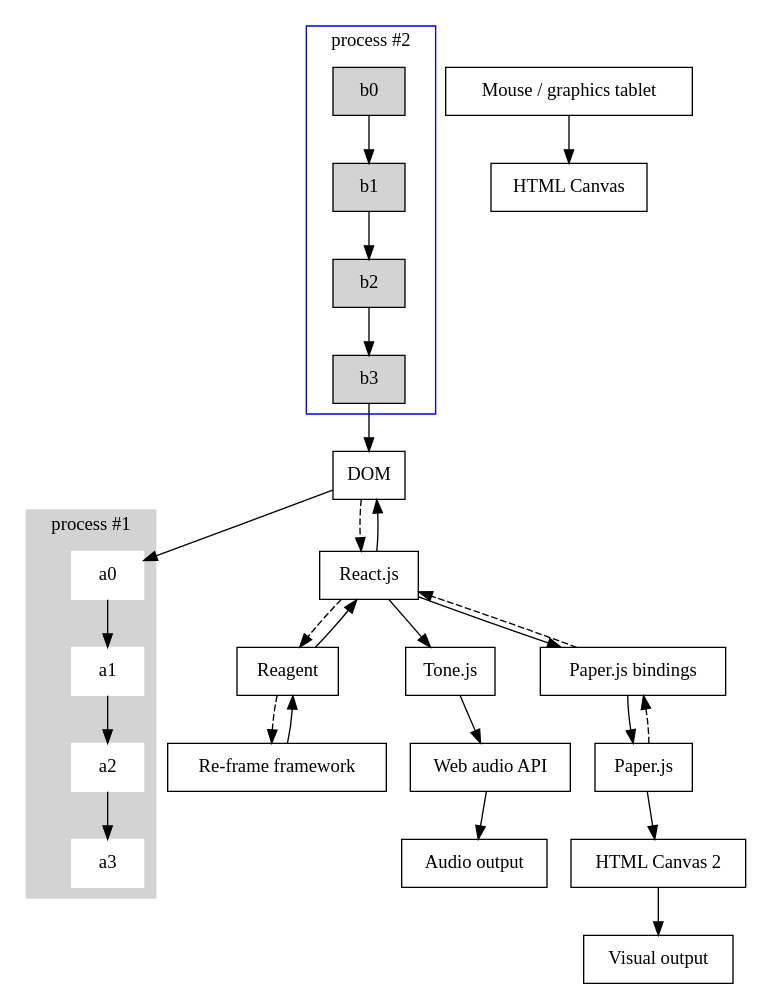
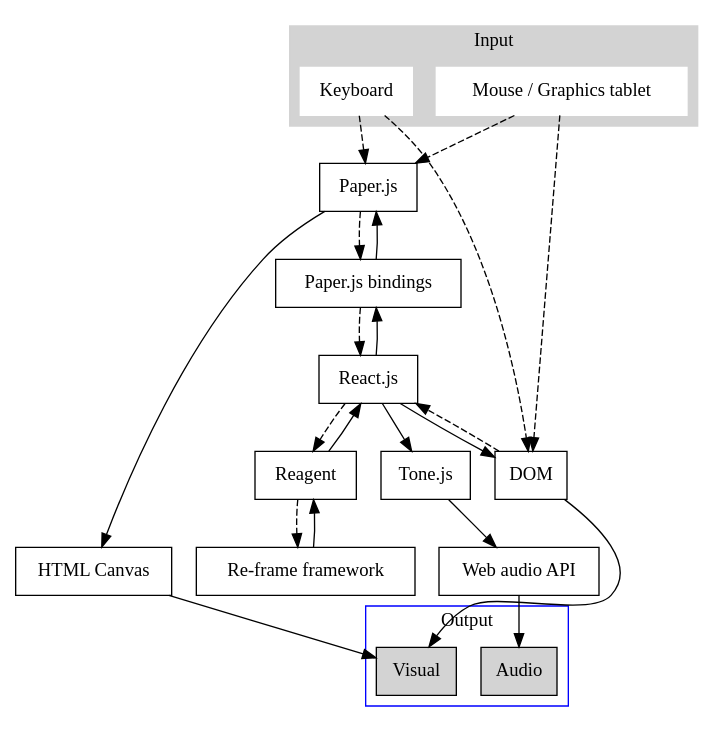
One commit to allforabit/mmt-thesis changed the diagram in manuscript-draft/react-tone-block-diagram.org. Above: the diagram before and after it, drawn with Graphviz. The commit also changed other lines of this file, not shown here.

Commit message:
Add: Further work on diagram (clusters added)

```diff
--- a/manuscript-draft/react-tone-block-diagram.org
+++ b/manuscript-draft/react-tone-block-diagram.org
@@ -3,46 +4,51 @@
 #+BEGIN_SRC dot :file dot_success.png :cmdline -Kdot -Tpng
   digraph {
   // graph from left to right
   rankdir=TB;
   splines=true;
   node [shape=box];
 
   subgraph cluster0 {
     node [style=filled,color=white];
     style=filled;
     color=lightgrey;
-    a0 -> a1 -> a2 -> a3;
-    label = "process #1";
+    mouse [label="Mouse / Graphics tablet"]
+    keyboard [label="Keyboard"]
+    label = "Input";
   }
   subgraph cluster1 {
     node [style=filled];
-    b0 -> b1 -> b2 -> b3;
-    label = "process #2";
+    "Visual"
+    "Audio"
+    label = "Output";
     color=blue
   }
 
   reframe [label="Re-frame framework"]
   reagent [label="Reagent"]
   react [label="React.js"]
   tone [label="Tone.js"]
   webaudio [label="Web audio API"]
   paperjs [label="Paper.js"]
   paperjsbindings [label="Paper.js bindings"]
   dom [label="DOM"]
-  mouse [label="Mouse / graphics tablet"]
 
   reframe -> reagent
   reagent -> reframe [style=dashed]
   reagent -> react
   react -> reagent [style=dashed]
   react -> tone
-  react -> paperjsbindings -> paperjs -> "HTML Canvas 2" -> "Visual output"
+  react -> paperjsbindings -> paperjs -> "HTML Canvas" -> "Visual"
   paperjs -> paperjsbindings -> react [style=dashed]
-  react -> dom -> a0
+  react -> dom -> "Visual"
   dom -> react [style=dashed]
   tone -> webaudio
-  webaudio -> "Audio output"
-  b3 -> dom
-  mouse -> "HTML Canvas"
+  webaudio -> "Audio"
+  mouse -> dom [style=dashed]
+  keyboard -> dom [style=dashed]
+  mouse -> paperjs [style=dashed]
+  keyboard -> paperjs [style=dashed]
   }
+
+
 #+END_SRC
```
